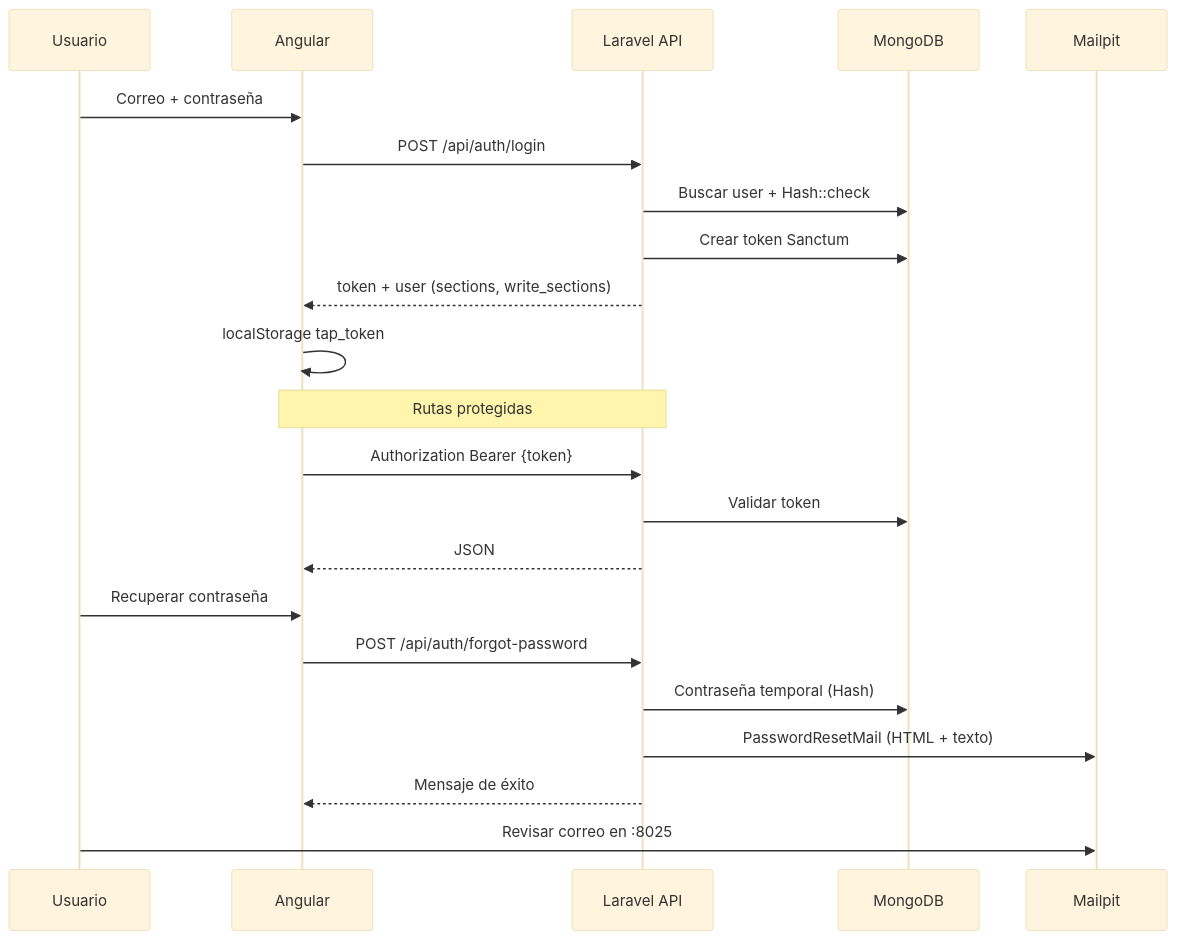
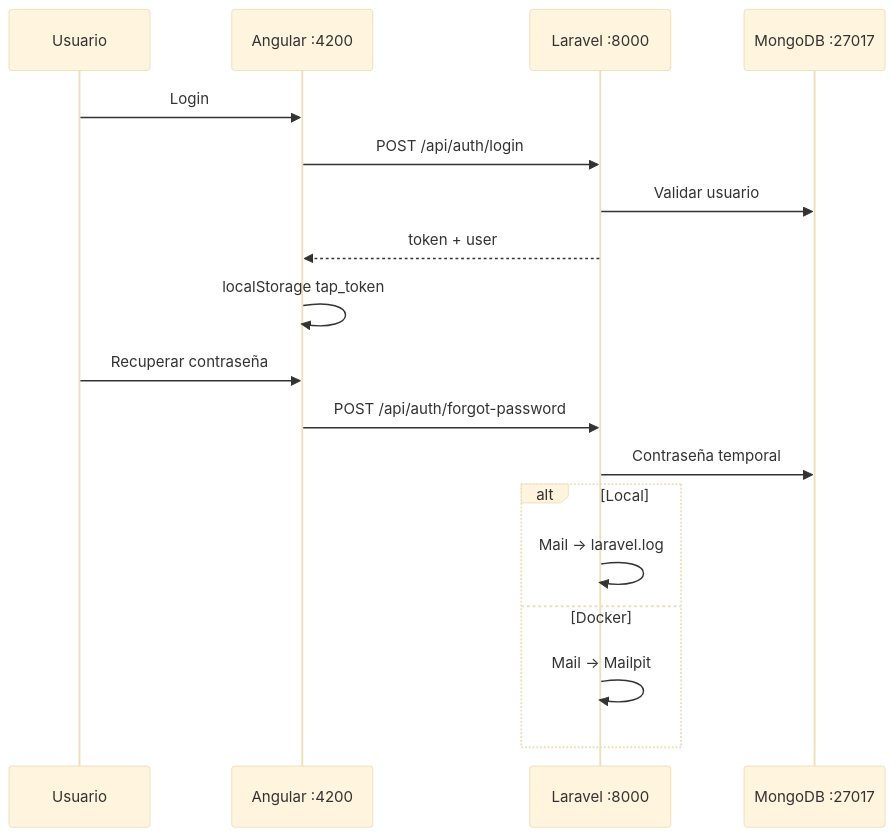
The fourth of 5 diagrams in ARCHITECTURE.md (Migue716/Examen-Tap-Terminal), drawn with Mermaid (base theme) before and after one commit. The commit also changed other lines of this file and 13 other files, not shown here.

````diff
--- a/ARCHITECTURE.md
+++ b/ARCHITECTURE.md
@@ -140,27 +127,22 @@
 ```mermaid
 sequenceDiagram
     participant U as Usuario
-    participant A as Angular
-    participant L as Laravel API
-    participant M as MongoDB
-    participant P as Mailpit
+    participant A as Angular :4200
+    participant L as Laravel :8000
+    participant M as MongoDB :27017
 
-    U->>A: Correo + contraseña
+    U->>A: Login
     A->>L: POST /api/auth/login
-    L->>M: Buscar user + Hash::check
-    L->>M: Crear token Sanctum
-    L-->>A: token + user (sections, write_sections)
+    L->>M: Validar usuario
+    L-->>A: token + user
     A->>A: localStorage tap_token
-
-    Note over A,L: Rutas protegidas
-    A->>L: Authorization Bearer {token}
-    L->>M: Validar token
-    L-->>A: JSON
 
     U->>A: Recuperar contraseña
     A->>L: POST /api/auth/forgot-password
-    L->>M: Contraseña temporal (Hash)
-    L->>P: PasswordResetMail (HTML + texto)
-    L-->>A: Mensaje de éxito
-    U->>P: Revisar correo en :8025
+    L->>M: Contraseña temporal
+    alt Local
+        L->>L: Mail → laravel.log
+    else Docker
+        L->>L: Mail → Mailpit
+    end
 ```
````
